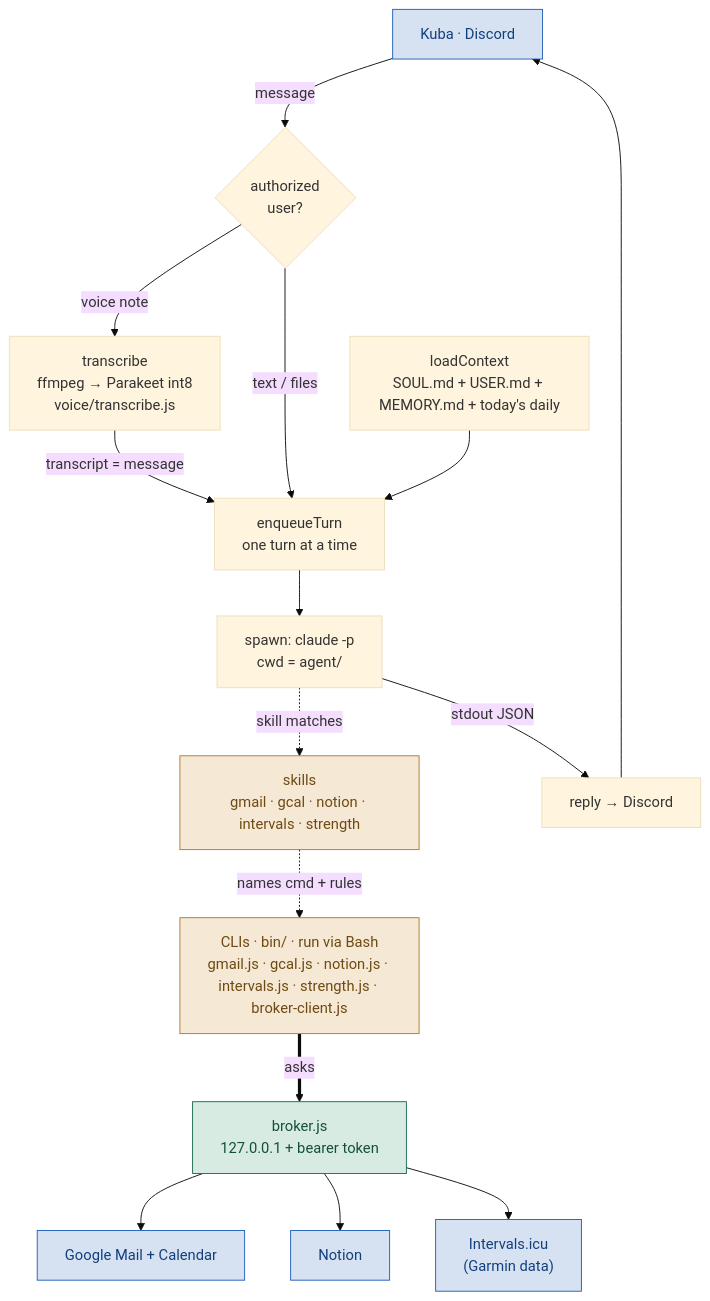
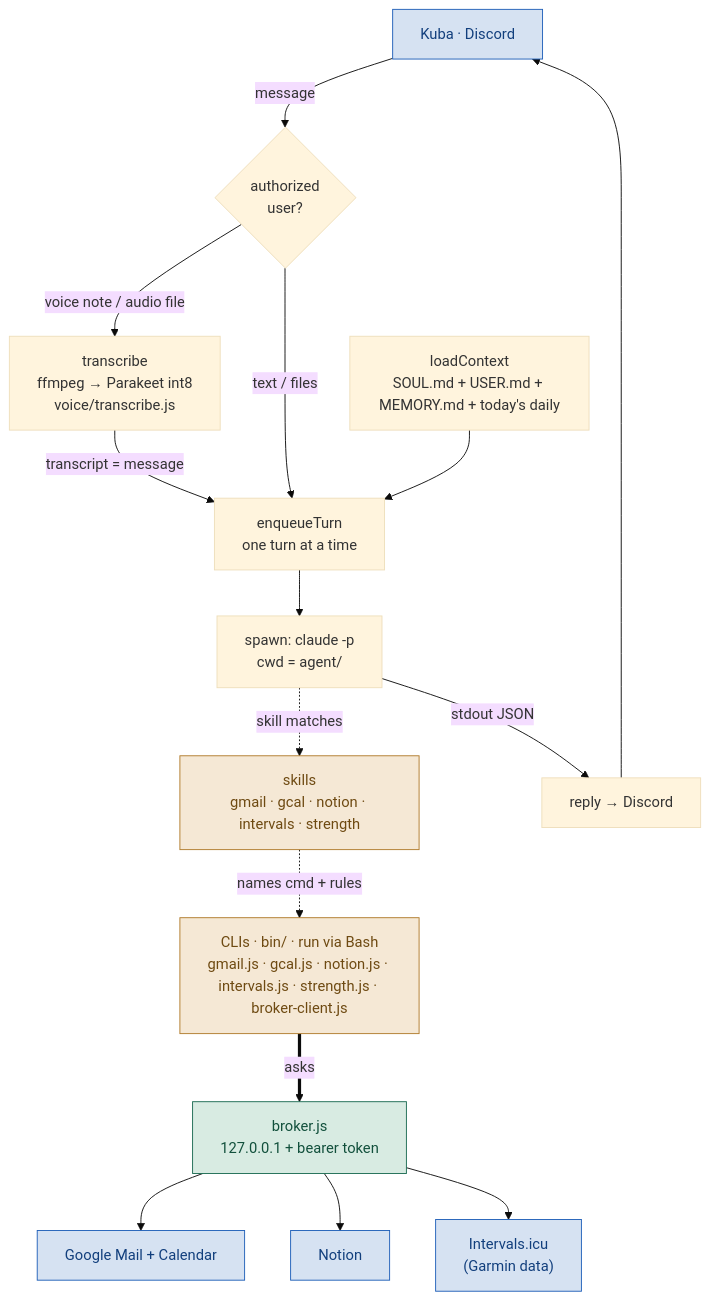
Before and after one commit to KubaJerz/alfred-node: the first of 6 diagrams in SYSTEM-MAP.md, drawn with Mermaid (base theme). The commit also changed other lines of this file and 5 other files, not shown here.

First line of the commit message:
feat: accept dropped-in audio files as voice messages

````diff
--- a/SYSTEM-MAP.md
+++ b/SYSTEM-MAP.md
@@ -57,23 +57,23 @@
 ```mermaid
 flowchart TD
     U["Kuba · Discord"] -->|message| GATE{"authorized<br/>user?"}
-    GATE -->|"voice note"| TR["transcribe<br/>ffmpeg → Parakeet int8<br/>voice/transcribe.js"]
+    GATE -->|"voice note / audio file"| TR["transcribe<br/>ffmpeg → Parakeet int8<br/>voice/transcribe.js"]
     TR -->|"transcript = message"| Q
     GATE -->|"text / files"| Q["enqueueTurn<br/>one turn at a time"]
     CTX["loadContext<br/>SOUL.md + USER.md + MEMORY.md + today's daily"] --> Q
     Q --> SPAWN["spawn: claude -p<br/>cwd = agent/"]
     SPAWN -.->|"skill matches"| SK["skills<br/>gmail · gcal · notion · intervals · strength"]
     SK -.->|"names cmd + rules"| CLIS["CLIs · bin/ · run via Bash<br/>gmail.js · gcal.js · notion.js · intervals.js · strength.js · broker-client.js"]
     CLIS ==>|"asks"| BR["broker.js<br/>127.0.0.1 + bearer token"]
     BR --> G["Google Mail + Calendar"]
     BR --> N["Notion"]
     BR --> I["Intervals.icu<br/>(Garmin data)"]
     SPAWN -->|"stdout JSON"| R["reply → Discord"]
     R --> U
     classDef external fill:#d6e2f2,stroke:#1f5fb8,color:#123f7d
     classDef gateway fill:#d8ebe2,stroke:#1b6b52,color:#12503c
     classDef stack fill:#f5e8d5,stroke:#b07a2a,color:#6e4a12
     class U,G,N,I external
     class BR gateway
     class SK,CLIS stack
 ```
````
